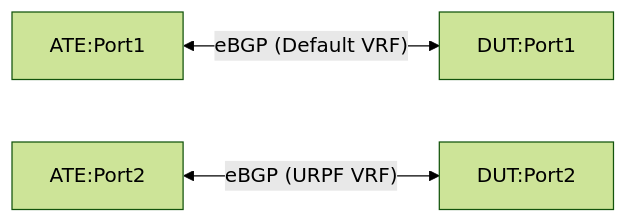
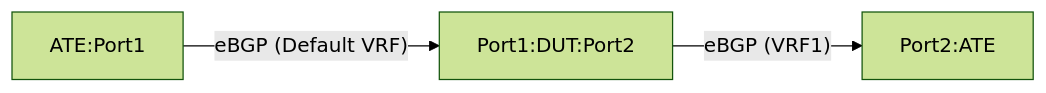
The diagram in feature/bgp/route_selection/otg_tests/community_based_route_leak/README.md (openconfig/featureprofiles), drawn with Mermaid (forest theme) before and after one commit. The commit also changed other lines of this file, not shown here.

Commit message:
docs: Address review comments on community-based VRF route leak FNT

````diff
--- a/feature/bgp/route_selection/otg_tests/community_based_route_leak/README.md
+++ b/feature/bgp/route_selection/otg_tests/community_based_route_leak/README.md
@@ -20,5 +20,5 @@
 ```mermaid
 graph LR;
-A[ATE:Port1] <--eBGP (Default VRF)--> B[DUT:Port1];
-C[ATE:Port2] <--eBGP (URPF VRF)--> D[DUT:Port2];
+A[ATE:Port1] --eBGP (Default VRF)--> B[Port1:DUT:Port2];
+B --eBGP (VRF1)--> C[Port2:ATE];
 ```
````
